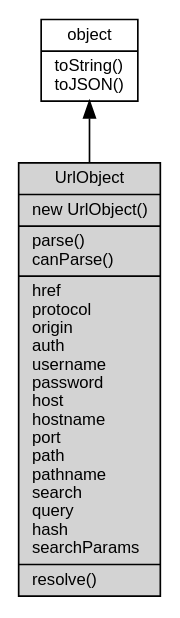
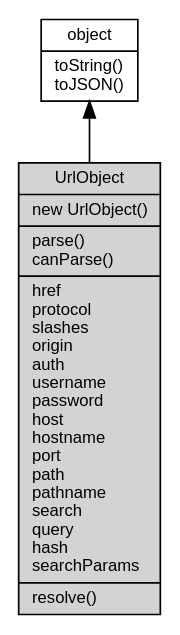
One commit to fibjs/fibjs.org changed the diagram in docs/manual/object/ifs/UrlObject.md. Above: the diagram before and after it, drawn with Graphviz. The commit also changed other lines of this file and 63 other files, not shown here.

````diff
--- a/docs/manual/object/ifs/UrlObject.md
+++ b/docs/manual/object/ifs/UrlObject.md
@@ -35,10 +35,10 @@
 ```dot
 digraph {
     node [fontname="Helvetica,sans-Serif", fontsize=10, shape="record", style="filled", fillcolor="white"];
 
     object [tooltip="object", URL="object.md", label="{object|toString()\ltoJSON()\l}"];
-    UrlObject [tooltip="UrlObject", fillcolor="lightgray", id="me", label="{UrlObject|new UrlObject()\l|parse()\lcanParse()\l|href\lprotocol\lorigin\lauth\lusername\lpassword\lhost\lhostname\lport\lpath\lpathname\lsearch\lquery\lhash\lsearchParams\l|resolve()\l}"];
+    UrlObject [tooltip="UrlObject", fillcolor="lightgray", id="me", label="{UrlObject|new UrlObject()\l|parse()\lcanParse()\l|href\lprotocol\lslashes\lorigin\lauth\lusername\lpassword\lhost\lhostname\lport\lpath\lpathname\lsearch\lquery\lhash\lsearchParams\l|resolve()\l}"];
 
     object -> UrlObject [dir=back];
 }
 ```
````
